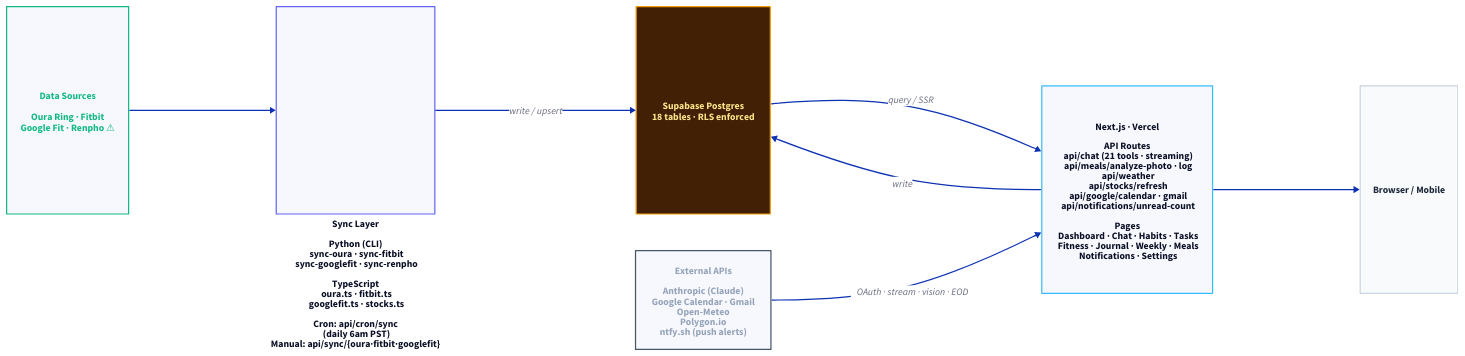
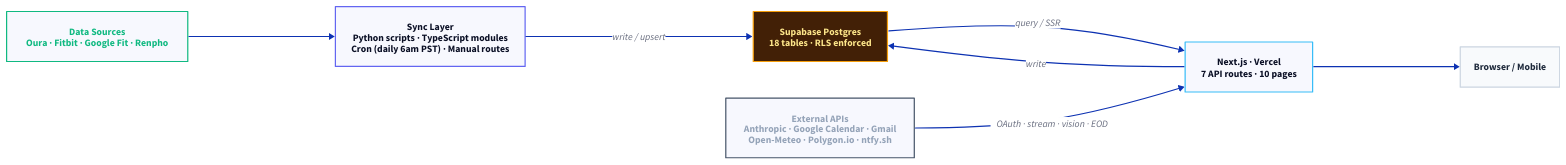
The diagram in docs/architecture.d2 (Theioz/mr-bridge-assistant), drawn with D2 before and after one commit. The commit also changed 1 other file, not shown here.

Commit message:
chore: fix architecture diagram — simplify to uniform-height boxes (#182)
Replaced verbose multi-line labels with concise 2-3 line summaries so
all boxes render at the same height and center-align cleanly. Removed
grid container workaround; ELK layout handles the simplified graph well.

```diff
--- a/docs/architecture.d2
+++ b/docs/architecture.d2
@@ -1,60 +1,39 @@
 direction: right
 
-# ── Nodes ─────────────────────────────────────────────────────────────────────
+data_sources: "Data Sources\nOura · Fitbit · Google Fit · Renpho"
 
-data_sources: "Data Sources\n\nOura Ring · Fitbit\nGoogle Fit · Renpho ⚠"
-
-sync: "Sync Layer\n\nPython (CLI)\n  sync-oura · sync-fitbit\n  sync-googlefit · sync-renpho\n\nTypeScript\n  oura.ts · fitbit.ts\n  googlefit.ts · stocks.ts\n\nCron: api/cron/sync\n        (daily 6am PST)\nManual: api/sync/{oura·fitbit·googlefit}"
+sync: "Sync Layer\nPython scripts · TypeScript modules\nCron (daily 6am PST) · Manual routes"
 
 supabase: "Supabase Postgres\n18 tables · RLS enforced"
 
-nextjs: "Next.js · Vercel\n\nAPI Routes\n  api/chat  (21 tools · streaming)\n  api/meals/analyze-photo · log\n  api/weather\n  api/stocks/refresh\n  api/google/calendar · gmail\n  api/notifications/unread-count\n\nPages\n  Dashboard · Chat · Habits · Tasks\n  Fitness · Journal · Weekly · Meals\n  Notifications · Settings"
+nextjs: "Next.js · Vercel\n7 API routes · 10 pages"
 
-external: "External APIs\n\nAnthropic (Claude)\nGoogle Calendar · Gmail\nOpen-Meteo\nPolygon.io\nntfy.sh  (push alerts)"
+external: "External APIs\nAnthropic · Google Calendar · Gmail\nOpen-Meteo · Polygon.io · ntfy.sh"
 
 user: "Browser / Mobile"
 
-# ── Edges ─────────────────────────────────────────────────────────────────────
-
-# Primary left-to-right flow
 data_sources -> sync
 sync -> supabase: write / upsert
 supabase -> nextjs: query / SSR
+nextjs -> supabase: write
 nextjs -> user
-
-# Write-back
-nextjs -> supabase: write
-
-# External APIs feed into Next.js only (keeps layout linear)
 external -> nextjs: OAuth · stream · vision · EOD
-
-# ── Styles ────────────────────────────────────────────────────────────────────
 
 data_sources.style.stroke: "#10B981"
 data_sources.style.font-color: "#10B981"
-data_sources.width: 200
-data_sources.height: 340
 
 sync.style.stroke: "#6366F1"
-sync.width: 260
-sync.height: 340
 
 supabase.style.fill: "#422006"
 supabase.style.stroke: "#F59E0B"
 supabase.style.font-color: "#FDE68A"
 supabase.style.bold: true
-supabase.width: 220
-supabase.height: 340
 
 nextjs.style.stroke: "#38BDF8"
-nextjs.width: 280
-nextjs.height: 340
 
 external.style.stroke: "#475569"
 external.style.font-color: "#94A3B8"
 
 user.style.fill: "#F8FAFC"
 user.style.stroke: "#CBD5E1"
 user.style.font-color: "#1E293B"
-user.width: 160
-user.height: 340
```
